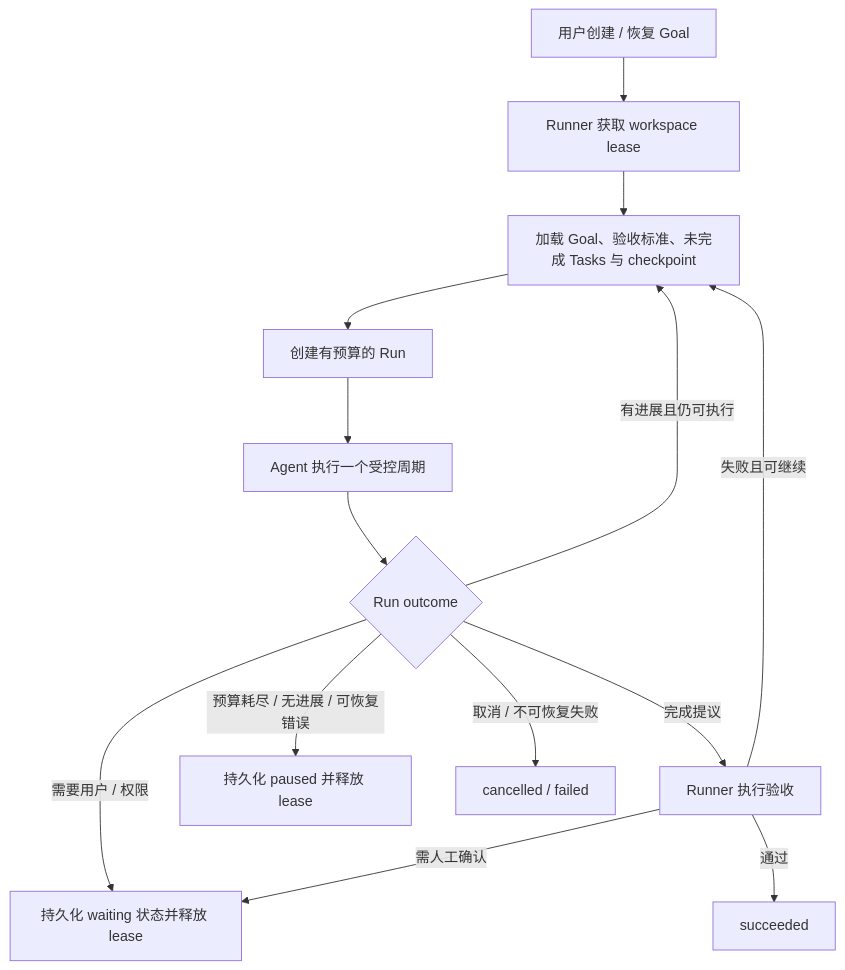
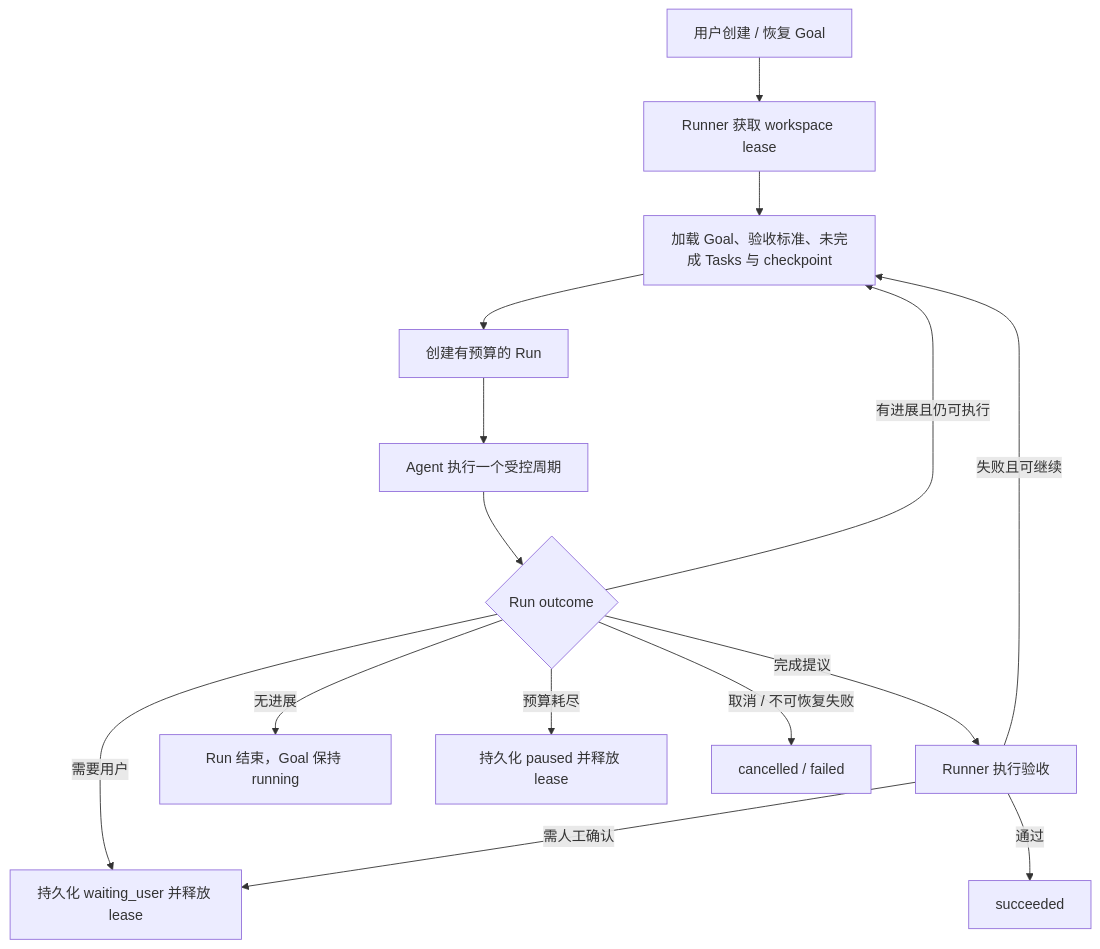
Before and after one commit to rust-infra/tact: the diagram in book/28_chapter_goal_zh.md, drawn with Mermaid. The commit also changed other lines of this file and 4 other files, not shown here.

````diff
--- a/book/28_chapter_goal_zh.md
+++ b/book/28_chapter_goal_zh.md
@@ -166,16 +168,17 @@
 ```mermaid
 flowchart TD
     user[用户创建 / 恢复 Goal] --> claim[Runner 获取 workspace lease]
     claim --> load[加载 Goal、验收标准、未完成 Tasks 与 checkpoint]
     load --> run[创建有预算的 Run]
     run --> agent[Agent 执行一个受控周期]
     agent --> outcome{Run outcome}
     outcome -->|有进展且仍可执行| load
-    outcome -->|需要用户 / 权限| wait[持久化 waiting 状态并释放 lease]
+    outcome -->|需要用户| wait[持久化 waiting_user 并释放 lease]
     outcome -->|完成提议| verify[Runner 执行验收]
     verify -->|通过| success[succeeded]
     verify -->|失败且可继续| load
     verify -->|需人工确认| wait
-    outcome -->|预算耗尽 / 无进展 / 可恢复错误| pause[持久化 paused 并释放 lease]
+    outcome -->|无进展| keep[Run 结束，Goal 保持 running]
+    outcome -->|预算耗尽| pause[持久化 paused 并释放 lease]
     outcome -->|取消 / 不可恢复失败| terminal[cancelled / failed]
 ```
````
